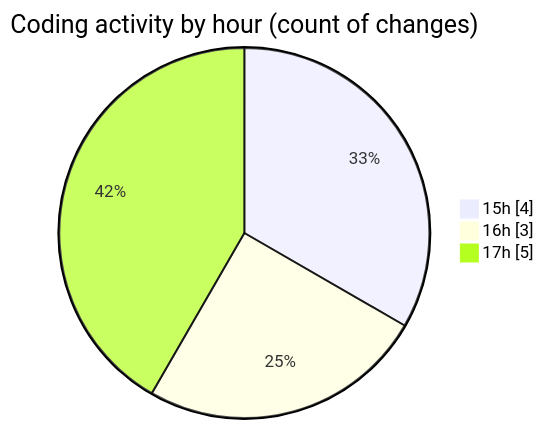
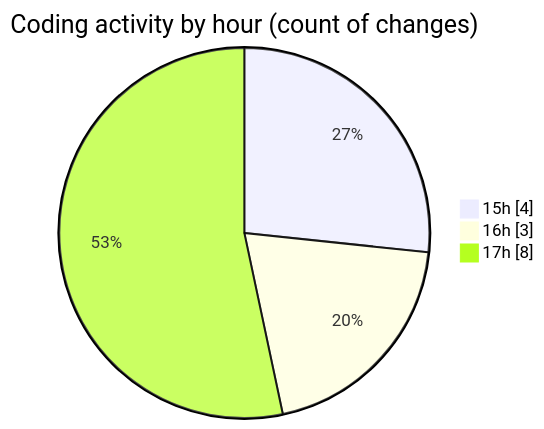
One commit to nxtqubesakshisongat/code-tracking changed the second of 2 diagrams in 2025-11-17/nxtqube_webapp/README.md. Above: the diagram before and after it, drawn with Mermaid. The commit also changed other lines of this file and 1 other file, not shown here.

````diff
--- a/2025-11-17/nxtqube_webapp/README.md
+++ b/2025-11-17/nxtqube_webapp/README.md
@@ -28,7 +28,7 @@
 ```mermaid
 pie showData
 title Coding activity by hour (count of changes)
 "15h" : 4
 "16h" : 3
-"17h" : 5
+"17h" : 8
 ```
````
